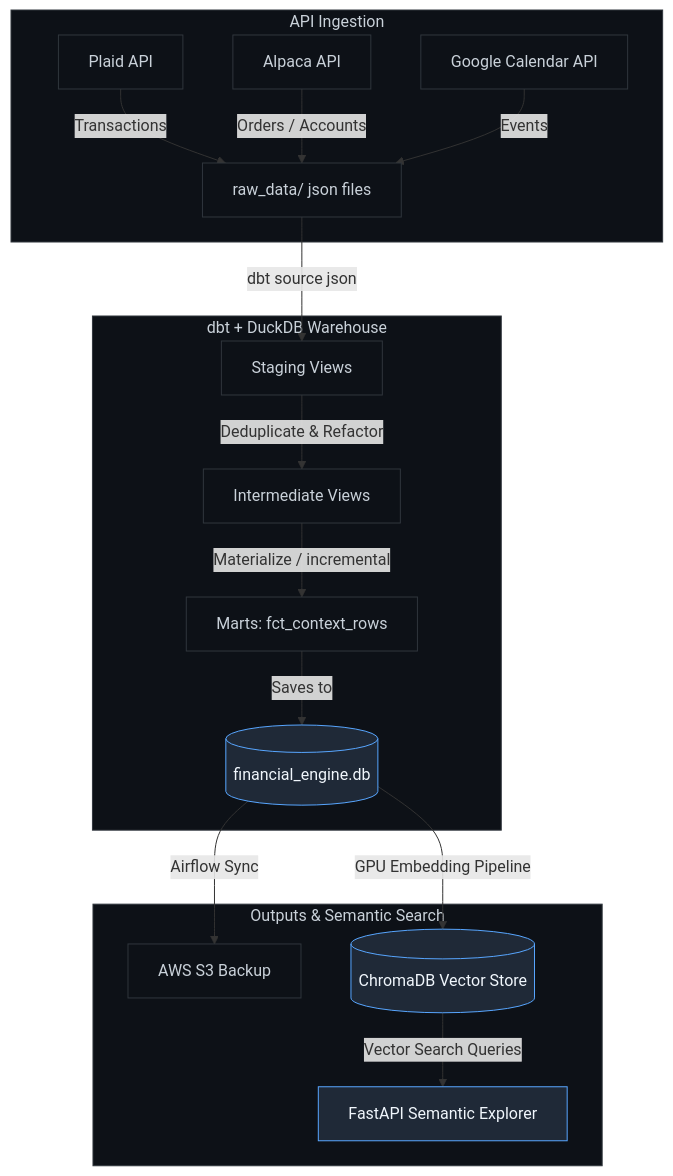
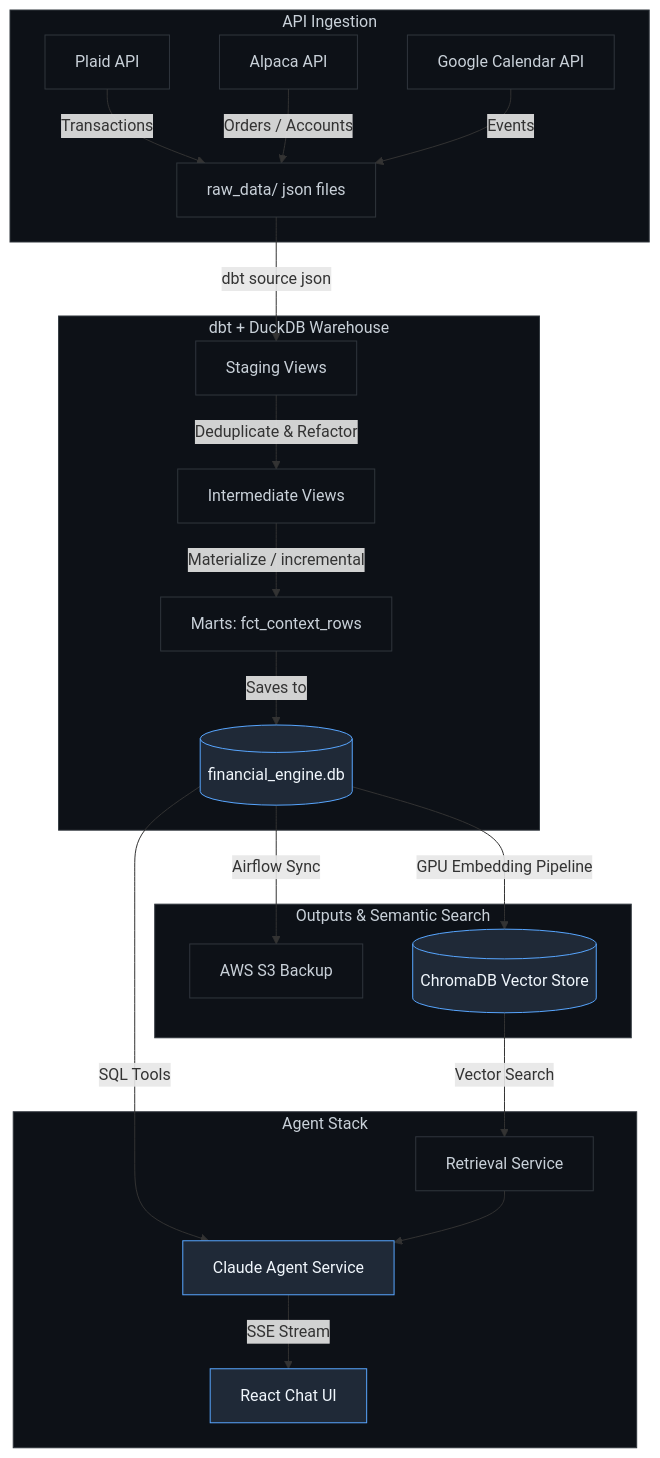
One commit to haseebkn/financial-context-elt-pipeline changed the diagram in README.md. Above: the diagram before and after it, drawn with Mermaid. The commit also changed other lines of this file, not shown here.

First line of the commit message:
docs: rewrite README as a narrative and lead with the agent, not the pipeline

````diff
--- a/README.md
+++ b/README.md
@@ -19,29 +26,35 @@
 ```mermaid
 graph TD
     %% Ingestion Stage
     subgraph Ingestion [API Ingestion]
         Plaid[Plaid API] -->|Transactions| RawData[raw_data/ json files]
         Alpaca[Alpaca API] -->|Orders / Accounts| RawData
         GCal[Google Calendar API] -->|Events| RawData
     end
 
     %% Transformation Stage
     subgraph Warehouse [dbt + DuckDB Warehouse]
         RawData -->|dbt source json| Staging[Staging Views]
         Staging -->|Deduplicate & Refactor| Intermediate[Intermediate Views]
         Intermediate -->|Materialize / incremental| Marts[Marts: fct_context_rows]
         Marts -->|Saves to| DuckDB[(financial_engine.db)]
     end
 
     %% Sync & Vectorization Stage
     subgraph Outputs [Outputs & Semantic Search]
         DuckDB -->|Airflow Sync| S3[AWS S3 Backup]
         DuckDB -->|GPU Embedding Pipeline| Chroma[(ChromaDB Vector Store)]
-        Chroma -->|Vector Search Queries| FastAPI[FastAPI Semantic Explorer]
+    end
+
+    subgraph AgentStack [Agent Stack]
+        Chroma -->|Vector Search| Retrieval[Retrieval Service]
+        DuckDB -->|SQL Tools| Agent[Claude Agent Service]
+        Retrieval --> Agent
+        Agent -->|SSE Stream| Web[React Chat UI]
     end
 
     classDef default fill:#0d1117,stroke:#30363d,color:#c9d1d9;
     classDef highlight fill:#1f2937,stroke:#58a6ff,color:#f0f6fc;
-    class Ingestion,Warehouse,Outputs default;
-    class DuckDB,Chroma,FastAPI highlight;
+    class Ingestion,Warehouse,Outputs,AgentStack default;
+    class DuckDB,Chroma,Agent,Web highlight;
 ```
````
